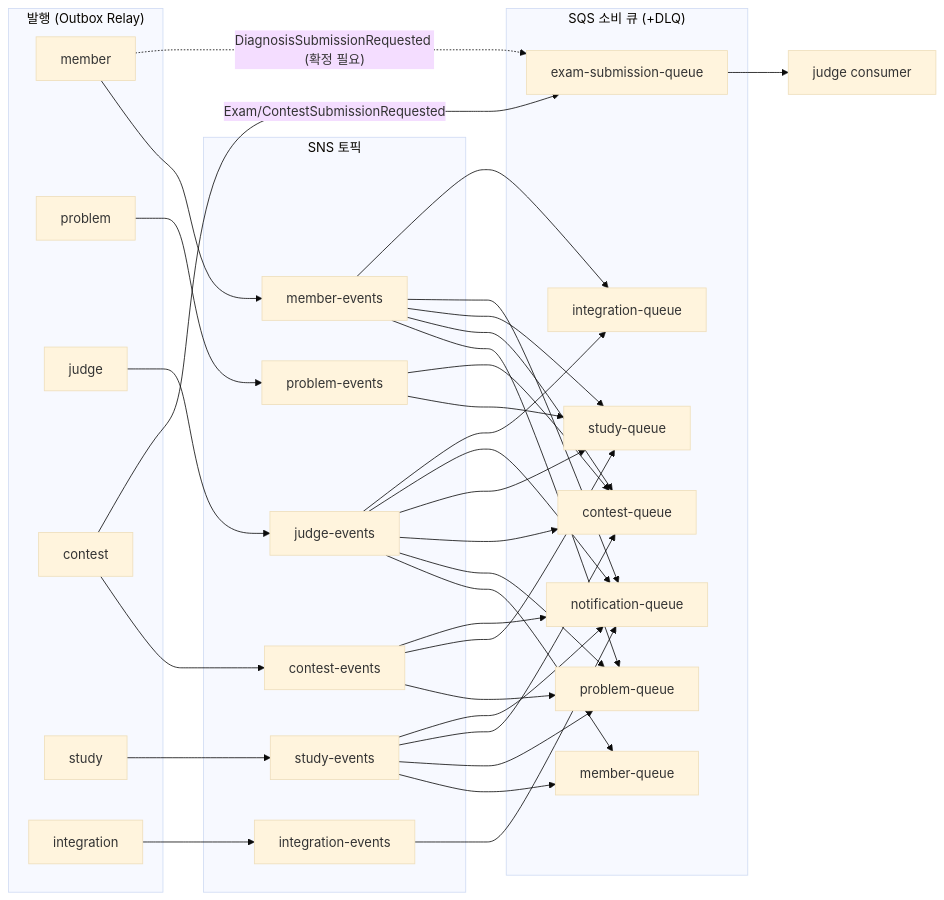
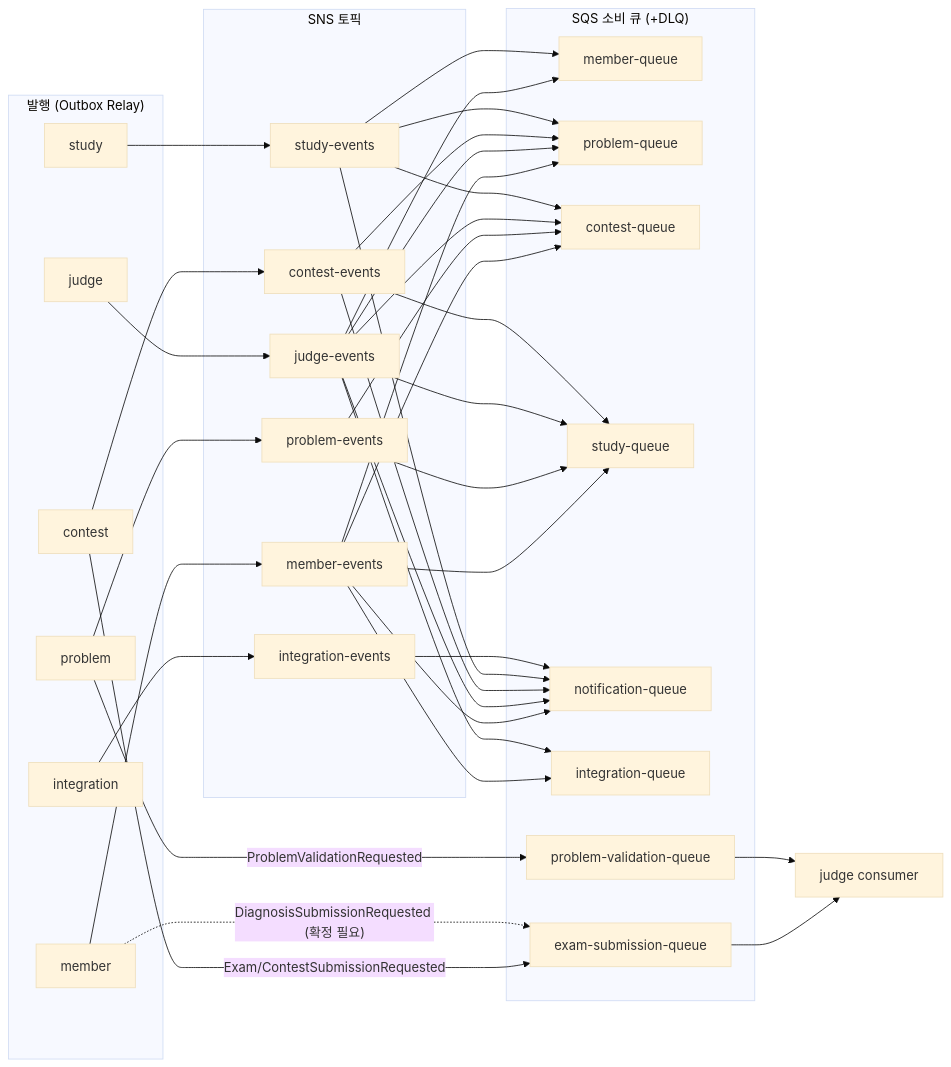
The diagram in docs/dev/specifications/event-contract.md (Back-To-Back-team-3/re-solve), drawn with Mermaid (base theme) before and after one commit. The commit also changed other lines of this file and 6 other files, not shown here.

````diff
--- a/docs/dev/specifications/event-contract.md
+++ b/docs/dev/specifications/event-contract.md
@@ -91,43 +91,46 @@
 ```mermaid
 flowchart LR
     subgraph PUB["발행 (Outbox Relay)"]
         M[member]
         P[problem]
         J[judge]
         C[contest]
         S[study]
         I[integration]
     end
     subgraph TOPIC["SNS 토픽"]
         TM[member-events]
         TP[problem-events]
         TJ[judge-events]
         TC[contest-events]
         TS[study-events]
         TI[integration-events]
     end
     subgraph QUEUE["SQS 소비 큐 (+DLQ)"]
         QM[member-queue]
         QP[problem-queue]
         QC[contest-queue]
         QS[study-queue]
         QN[notification-queue]
         QI[integration-queue]
         QX[exam-submission-queue]
+        QV[problem-validation-queue]
     end
     M --> TM
     P --> TP
     J --> TJ
     C --> TC
     S --> TS
     I --> TI
     C -->|"Exam/ContestSubmissionRequested"| QX
     M -.->|"DiagnosisSubmissionRequested (확정 필요)"| QX
     QX --> JS[judge consumer]
+    P -->|"ProblemValidationRequested"| QV
+    QV --> JS
     TM --> QP & QC & QS & QN & QI
     TP --> QS & QC
     TJ --> QM & QP & QC & QS & QN & QI
     TC --> QP & QS & QN
     TS --> QM & QP & QC & QN
     TI --> QN
 ```
````
